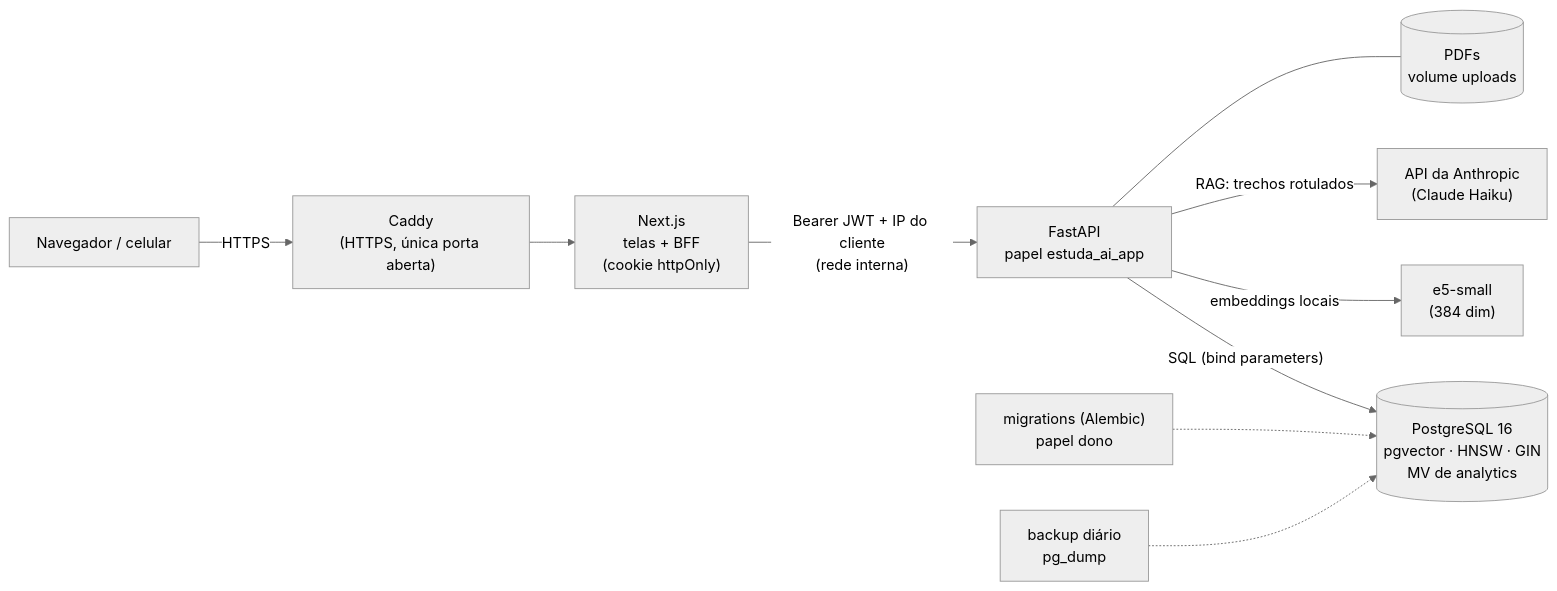
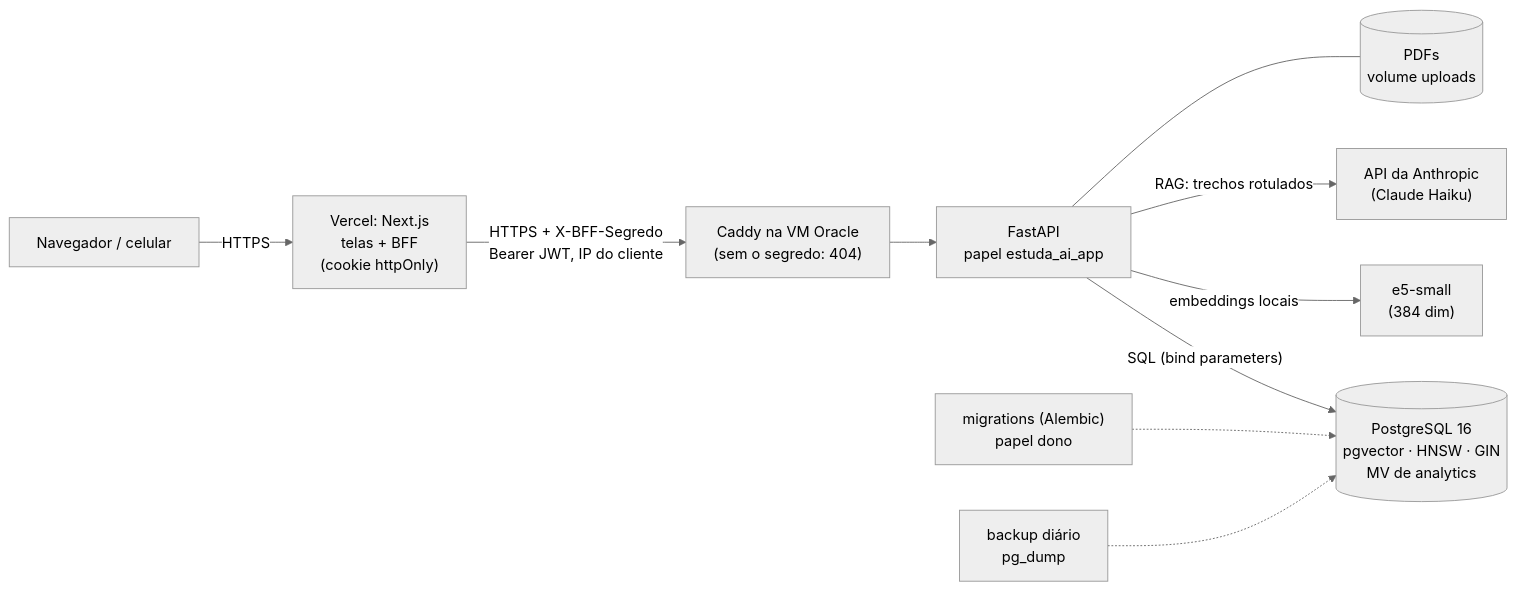
Before and after one commit to bergols/estuda-ai: the diagram in README.md, drawn with Mermaid (neutral theme). The commit also changed other lines of this file and 9 other files, not shown here.

First line of the commit message:
feat(deploy): frontend na Vercel + API e banco na VM Oracle

````diff
--- a/README.md
+++ b/README.md
@@ -18,12 +18,12 @@
 ```mermaid
 flowchart LR
-    U["Navegador / celular"] -- HTTPS --> C["Caddy<br/>(HTTPS, única porta aberta)"]
-    C --> N["Next.js<br/>telas + BFF<br/>(cookie httpOnly)"]
-    N -- "Bearer JWT + IP do cliente<br/>(rede interna)" --> B["FastAPI<br/>papel estuda_ai_app"]
+    U["Navegador / celular"] -- HTTPS --> N["Vercel: Next.js<br/>telas + BFF<br/>(cookie httpOnly)"]
+    N -- "HTTPS + X-BFF-Segredo<br/>Bearer JWT, IP do cliente" --> C["Caddy na VM Oracle<br/>(sem o segredo: 404)"]
+    C --> B["FastAPI<br/>papel estuda_ai_app"]
     B -- "SQL (bind parameters)" --> P[("PostgreSQL 16<br/>pgvector · HNSW · GIN<br/>MV de analytics")]
     B -- "embeddings locais" --> E["e5-small<br/>(384 dim)"]
     B -- "RAG: trechos rotulados" --> A["API da Anthropic<br/>(Claude Haiku)"]
     B --- F[("PDFs<br/>volume uploads")]
     M["migrations (Alembic)<br/>papel dono"] -.-> P
     K["backup diário<br/>pg_dump"] -.-> P
 ```
````
